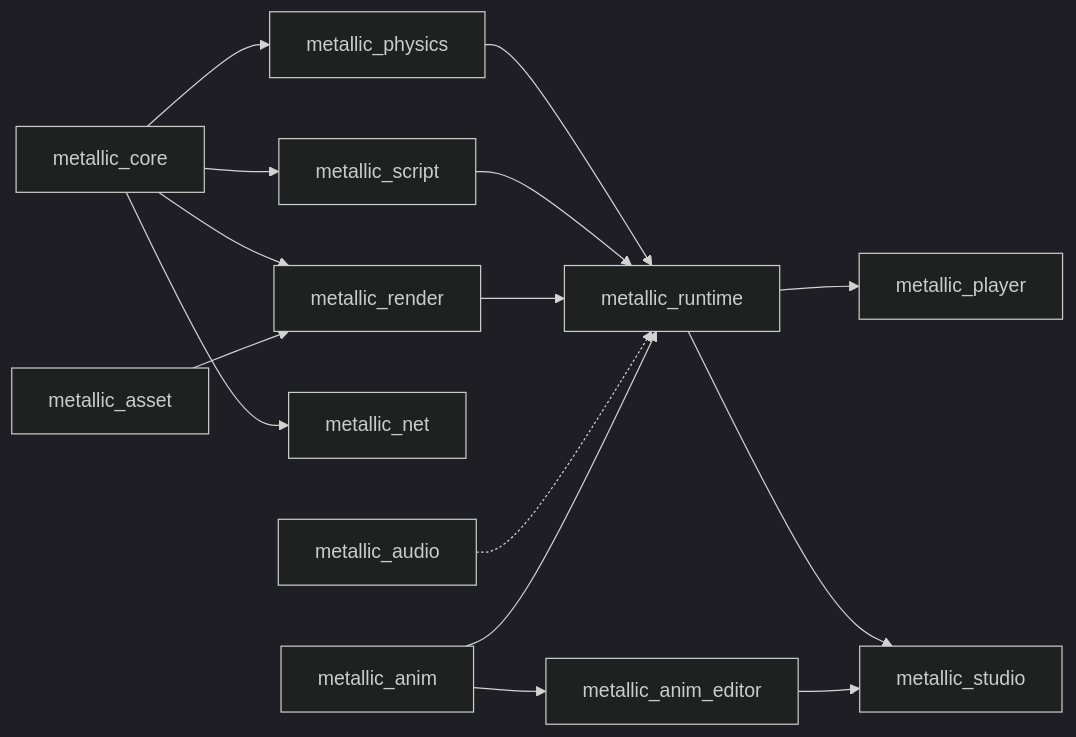
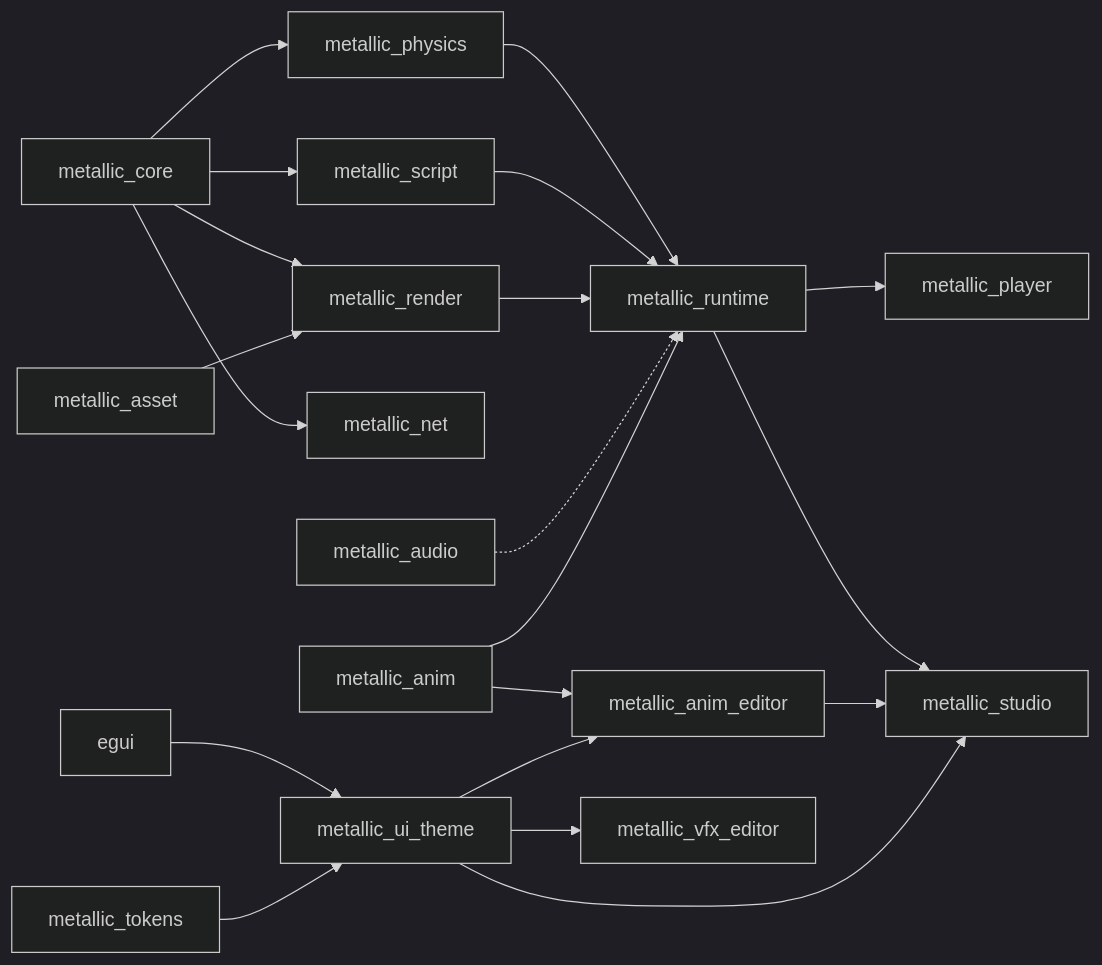
One commit to Metallic-Club/studio changed the diagram in ARCHITECTURE.md. Above: the diagram before and after it, drawn with Mermaid (dark theme). The commit also changed other lines of this file and 3 other files, not shown here.

First line of the commit message:
Docs and tidy for metallic_ui_theme (S8 review)

````diff
--- a/ARCHITECTURE.md
+++ b/ARCHITECTURE.md
@@ -6,17 +6,22 @@
 ```mermaid
 graph LR
   core[metallic_core] --> physics[metallic_physics]
   core --> script[metallic_script]
   core --> render[metallic_render]
   core --> net[metallic_net]
   asset[metallic_asset] --> render
   physics --> runtime[metallic_runtime]
   script --> runtime
   render --> runtime
   audio[metallic_audio] -.-> runtime
   runtime --> player[metallic_player]
   runtime --> studio[metallic_studio]
   anim[metallic_anim] --> runtime
   anim --> animed[metallic_anim_editor]
   animed --> studio
+  egui[egui] --> uitheme[metallic_ui_theme]
+  tokens[metallic_tokens] --> uitheme
+  uitheme --> studio
+  uitheme --> animed
+  uitheme --> vfxed[metallic_vfx_editor]
 ```
````
